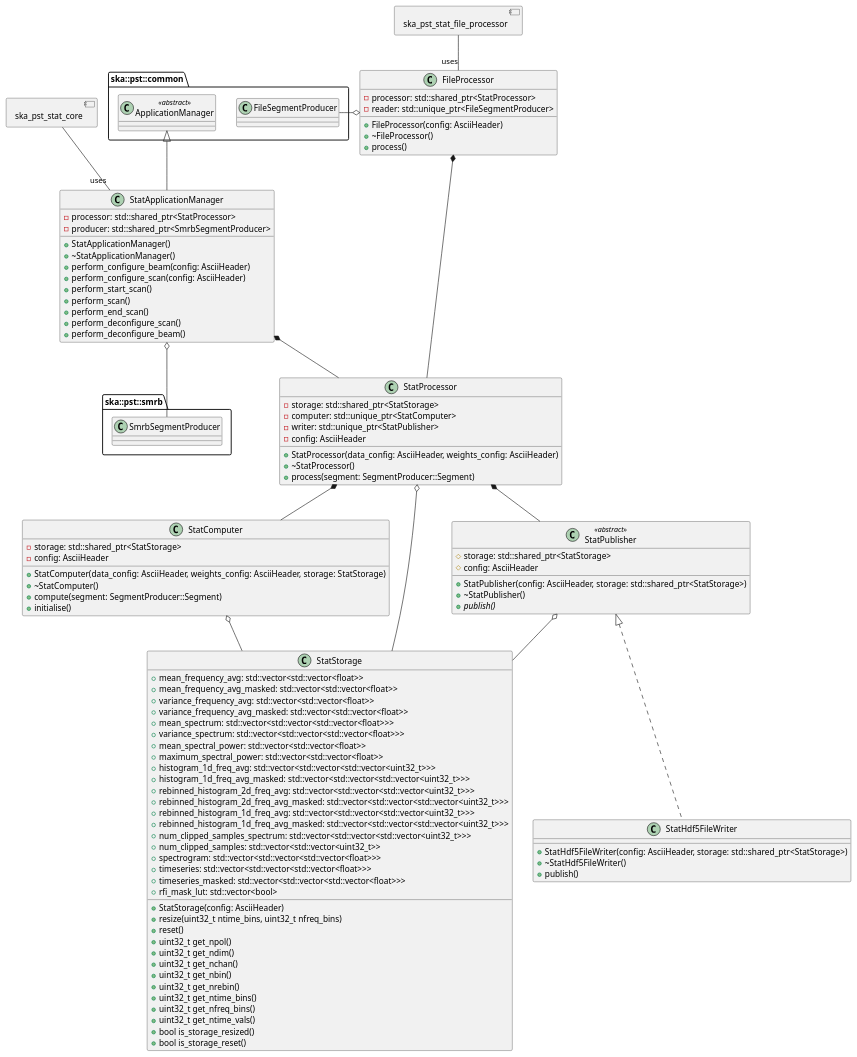
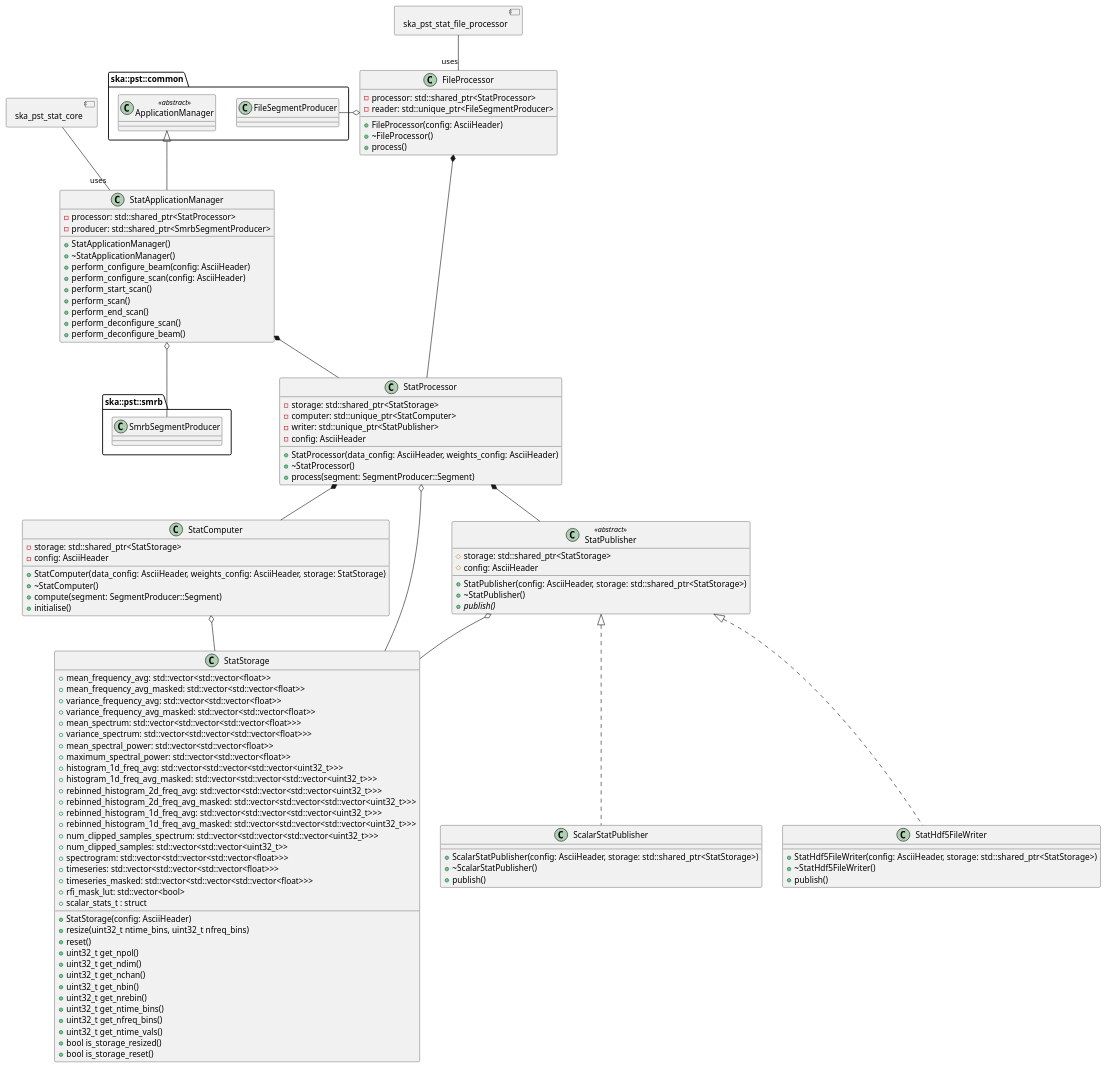
One commit to ska-telescope/ska-pst-stat changed the diagram in docs/src/architecture/class_diagram.puml. Above: the diagram before and after it, drawn with PlantUML. The commit also changed 7 other files, not shown here.

```diff
--- a/docs/src/architecture/class_diagram.puml
+++ b/docs/src/architecture/class_diagram.puml
@@ -1,124 +1,131 @@
 @startuml PST Stat Class Diagram
 allow_mixing
 
 package ska::pst::common
 {
   class ApplicationManager <<abstract>>
   class FileSegmentProducer
 }
 
 package ska::pst::smrb
 {
   class SmrbSegmentProducer
 }
 
 class StatApplicationManager {
   + StatApplicationManager()
   + ~StatApplicationManager()
   + perform_configure_beam(config: AsciiHeader)
   + perform_configure_scan(config: AsciiHeader)
   + perform_start_scan()
   + perform_scan()
   + perform_end_scan()
   + perform_deconfigure_scan()
   + perform_deconfigure_beam()
   - processor: std::shared_ptr<StatProcessor>
   - producer: std::shared_ptr<SmrbSegmentProducer>
 }
 
 class FileProcessor {
   + FileProcessor(config: AsciiHeader)
   + ~FileProcessor()
   + process()
   - processor: std::shared_ptr<StatProcessor>
   - reader: std::unique_ptr<FileSegmentProducer>
 }
 
 class StatProcessor {
   + StatProcessor(data_config: AsciiHeader, weights_config: AsciiHeader)
   + ~StatProcessor()
   + process(segment: SegmentProducer::Segment)
   - storage: std::shared_ptr<StatStorage>
   - computer: std::unique_ptr<StatComputer>
   - writer: std::unique_ptr<StatPublisher>
   - config: AsciiHeader
 }
 
 class StatComputer {
   + StatComputer(data_config: AsciiHeader, weights_config: AsciiHeader, storage: StatStorage)
   + ~StatComputer()
   + compute(segment: SegmentProducer::Segment)
   + initialise()
   - storage: std::shared_ptr<StatStorage>
   - config: AsciiHeader
 }
 
 class StatStorage {
   + StatStorage(config: AsciiHeader)
   + resize(uint32_t ntime_bins, uint32_t nfreq_bins)
   + reset()
   + uint32_t get_npol()
   + uint32_t get_ndim()
   + uint32_t get_nchan()
   + uint32_t get_nbin()
   + uint32_t get_nrebin()
   + uint32_t get_ntime_bins()
   + uint32_t get_nfreq_bins()
   + uint32_t get_ntime_vals()
   + bool is_storage_resized()
   + bool is_storage_reset()
   + mean_frequency_avg: std::vector<std::vector<float>>
   + mean_frequency_avg_masked: std::vector<std::vector<float>>
   + variance_frequency_avg: std::vector<std::vector<float>>
   + variance_frequency_avg_masked: std::vector<std::vector<float>>
   + mean_spectrum: std::vector<std::vector<std::vector<float>>>
   + variance_spectrum: std::vector<std::vector<std::vector<float>>>
   + mean_spectral_power: std::vector<std::vector<float>>
   + maximum_spectral_power: std::vector<std::vector<float>>
   + histogram_1d_freq_avg: std::vector<std::vector<std::vector<uint32_t>>>
   + histogram_1d_freq_avg_masked: std::vector<std::vector<std::vector<uint32_t>>>
   + rebinned_histogram_2d_freq_avg: std::vector<std::vector<std::vector<uint32_t>>>
   + rebinned_histogram_2d_freq_avg_masked: std::vector<std::vector<std::vector<uint32_t>>>
   + rebinned_histogram_1d_freq_avg: std::vector<std::vector<std::vector<uint32_t>>>
   + rebinned_histogram_1d_freq_avg_masked: std::vector<std::vector<std::vector<uint32_t>>>
   + num_clipped_samples_spectrum: std::vector<std::vector<std::vector<uint32_t>>>
   + num_clipped_samples: std::vector<std::vector<uint32_t>>
   + spectrogram: std::vector<std::vector<std::vector<float>>>
   + timeseries: std::vector<std::vector<std::vector<float>>>
   + timeseries_masked: std::vector<std::vector<std::vector<float>>>
   + rfi_mask_lut: std::vector<bool>
+  + scalar_stats_t : struct
 }
 
 class StatPublisher <<abstract>> {
   # storage: std::shared_ptr<StatStorage>
   # config: AsciiHeader
   + StatPublisher(config: AsciiHeader, storage: std::shared_ptr<StatStorage>)
   + ~StatPublisher()
   {abstract} + publish()
+}
+
+class ScalarStatPublisher implements StatPublisher {
+  + ScalarStatPublisher(config: AsciiHeader, storage: std::shared_ptr<StatStorage>)
+  + ~ScalarStatPublisher()
+  + publish()
 }
 
 class StatHdf5FileWriter implements StatPublisher {
   + StatHdf5FileWriter(config: AsciiHeader, storage: std::shared_ptr<StatStorage>)
   + ~StatHdf5FileWriter()
   + publish()
 }
 
 StatProcessor *-- StatComputer
 StatProcessor *-- StatPublisher
 StatProcessor o-- StatStorage
 StatComputer o-- StatStorage
 StatPublisher o-- StatStorage
 
 ApplicationManager <|-- StatApplicationManager
 StatApplicationManager o-- SmrbSegmentProducer
 StatApplicationManager *-- StatProcessor
 
 FileProcessor *-- StatProcessor
 FileProcessor o- FileSegmentProducer
 
 component ska_pst_stat_core
 ska_pst_stat_core -- "uses" StatApplicationManager
 component ska_pst_stat_file_processor
 ska_pst_stat_file_processor -- "uses" FileProcessor
 
 @enduml
```
